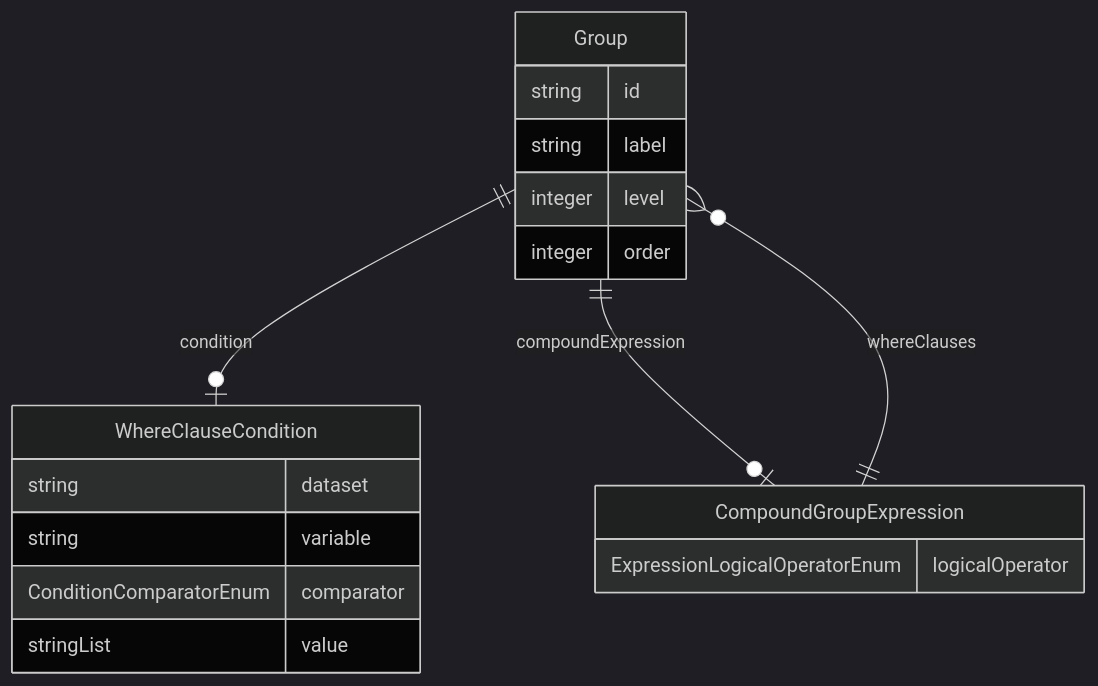
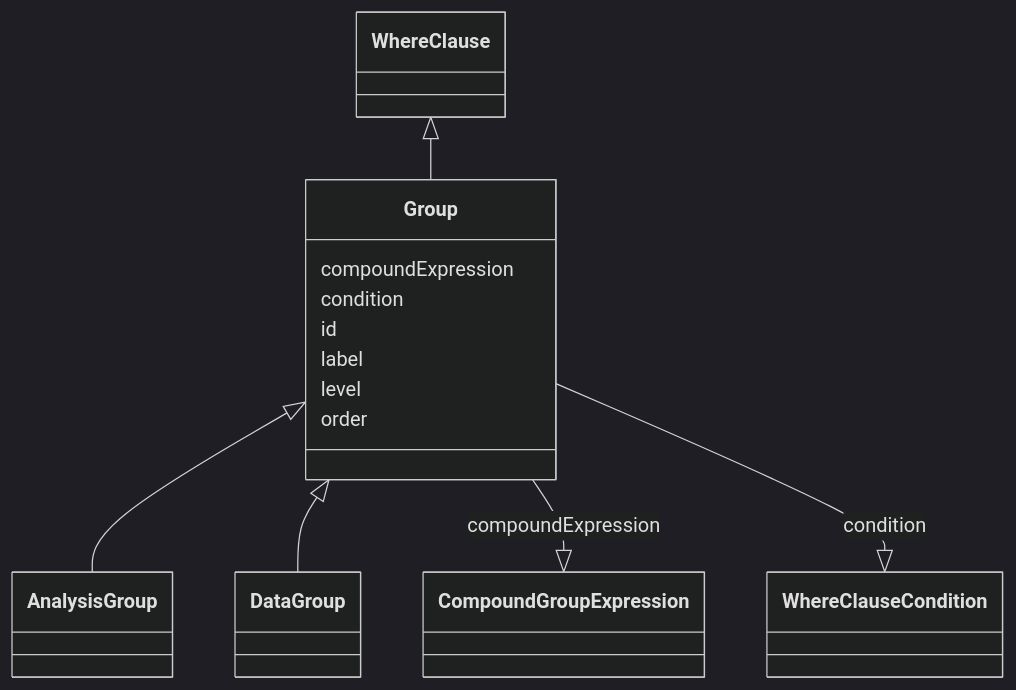
The diagram in project/docs/Group.md (cdisc-org/analysis-results-standard), drawn with Mermaid (dark theme) before and after one commit. The commit also changed 256 other files, not shown here.

Commit message:
Documentation diagrams

````diff
--- a/project/docs/Group.md
+++ b/project/docs/Group.md
@@ -13,23 +15,28 @@
 ```mermaid
-erDiagram
-Group {
-    string id  
-    string label  
-    integer level  
-    integer order  
-}
-CompoundGroupExpression {
-    ExpressionLogicalOperatorEnum logicalOperator  
-}
-WhereClauseCondition {
-    string dataset  
-    string variable  
-    ConditionComparatorEnum comparator  
-    stringList value  
-}
+ classDiagram
+    class Group
+      WhereClause <|-- Group
+      
 
-Group ||--|o WhereClauseCondition : "condition"
-Group ||--|o CompoundGroupExpression : "compoundExpression"
-CompoundGroupExpression ||--}o Group : "whereClauses"
-
+      Group <|-- AnalysisGroup
+      Group <|-- DataGroup
+      
+      
+      Group : compoundExpression
+        
+          Group --|> CompoundGroupExpression : compoundExpression
+        
+      Group : condition
+        
+          Group --|> WhereClauseCondition : condition
+        
+      Group : id
+        
+      Group : label
+        
+      Group : level
+        
+      Group : order
+        
+      
 ```
````
